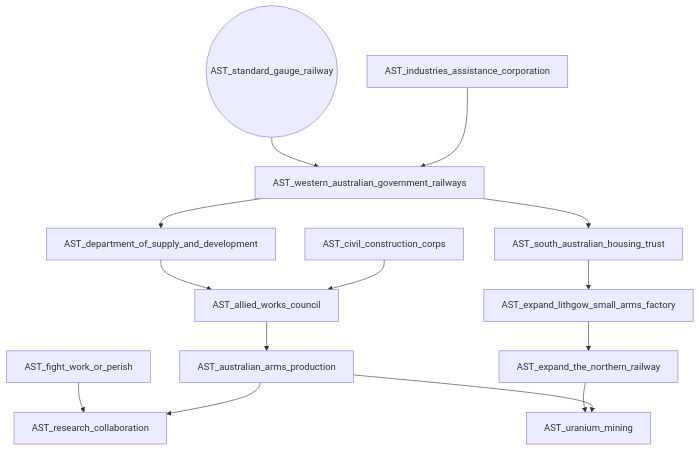
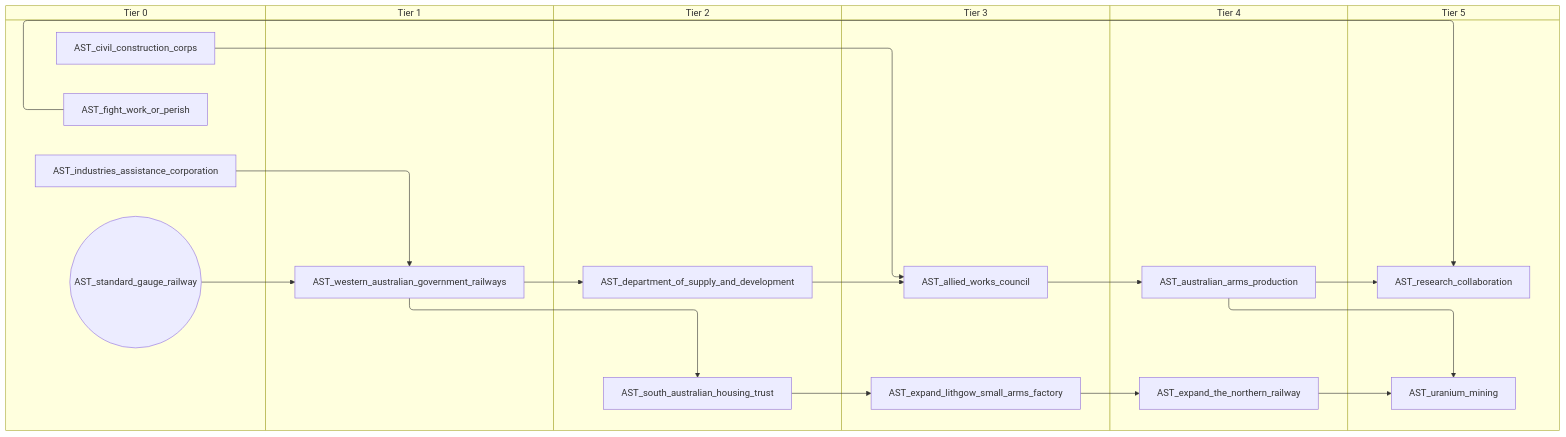
Before and after one commit to evgeny-sobol/hoi4-sandbox-mode: the eighth of 9 diagrams in docs/gdd/National Focuses/australia.md, drawn with Mermaid. The commit also changed other lines of this file and 80 other files, not shown here.

First line of the commit message:
Add swimlane mode to focus graph exporter

````diff
--- a/docs/gdd/National Focuses/australia.md
+++ b/docs/gdd/National Focuses/australia.md
@@ -293,29 +377,41 @@
 ```mermaid
-flowchart TD
-    n26["AST_allied_works_council"]
-    n28["AST_australian_arms_production"]
-    n30["AST_civil_construction_corps"]
-    n32["AST_department_of_supply_and_development"]
-    n54["AST_expand_lithgow_small_arms_factory"]
-    n34["AST_expand_the_northern_railway"]
-    n35["AST_fight_work_or_perish"]
-    n55["AST_industries_assistance_corporation"]
-    n41["AST_research_collaboration"]
-    n56["AST_south_australian_housing_trust"]
-    n57(("AST_standard_gauge_railway"))
-    n44["AST_uranium_mining"]
-    n58["AST_western_australian_government_railways"]
-    n32 --> n26
-    n30 --> n26
-    n26 --> n28
-    n58 --> n32
-    n56 --> n54
-    n54 --> n34
-    n35 --> n41
-    n28 --> n41
-    n58 --> n56
-    n34 --> n44
-    n28 --> n44
+swimlane-beta TD
+    subgraph tier_0["Tier 0"]
+        n34["AST_civil_construction_corps"]
+        n42["AST_fight_work_or_perish"]
+        n54["AST_industries_assistance_corporation"]
+        n55(("AST_standard_gauge_railway"))
+    end
+    subgraph tier_1["Tier 1"]
+        n56["AST_western_australian_government_railways"]
+    end
+    subgraph tier_2["Tier 2"]
+        n26["AST_department_of_supply_and_development"]
+        n57["AST_south_australian_housing_trust"]
+    end
+    subgraph tier_3["Tier 3"]
+        n37["AST_allied_works_council"]
+        n58["AST_expand_lithgow_small_arms_factory"]
+    end
+    subgraph tier_4["Tier 4"]
+        n41["AST_australian_arms_production"]
+        n28["AST_expand_the_northern_railway"]
+    end
+    subgraph tier_5["Tier 5"]
+        n44["AST_research_collaboration"]
+        n45["AST_uranium_mining"]
+    end
+    n26 --> n37
+    n34 --> n37
+    n37 --> n41
+    n56 --> n26
     n57 --> n58
-    n55 --> n58
+    n58 --> n28
+    n42 --> n44
+    n41 --> n44
+    n56 --> n57
+    n28 --> n45
+    n41 --> n45
+    n55 --> n56
+    n54 --> n56
 ```
````
